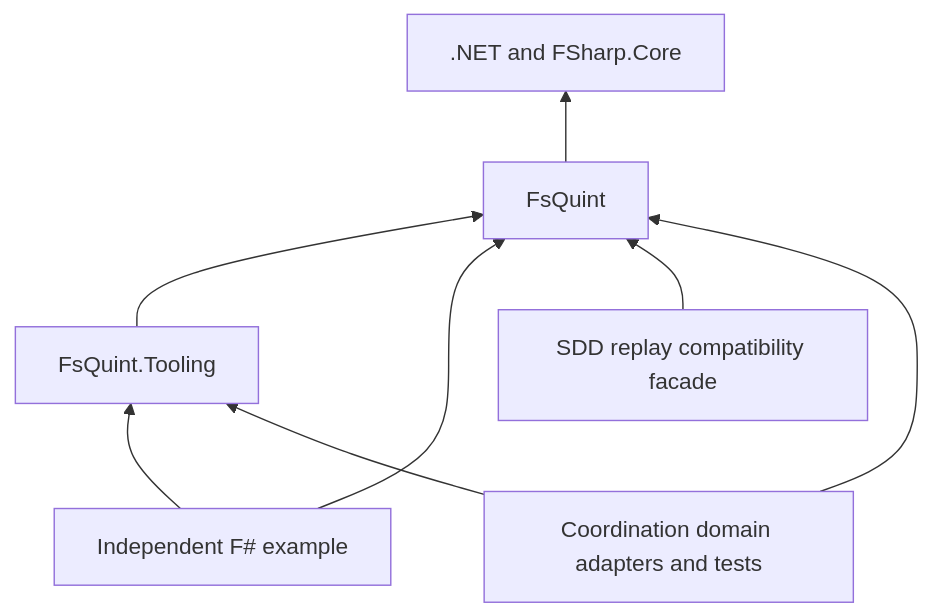
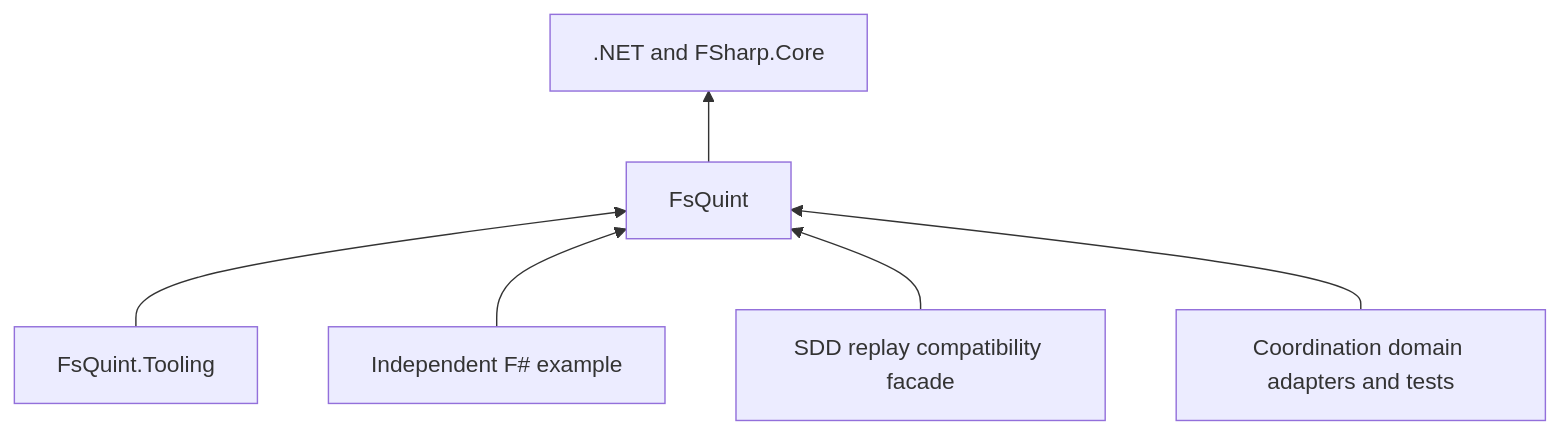
Before and after one commit to FS-GG/FsQuint: the diagram in docs/roadmaps/fsquint.md, drawn with Mermaid. The commit also changed other lines of this file and 9 other files, not shown here.

````diff
--- a/docs/roadmaps/fsquint.md
+++ b/docs/roadmaps/fsquint.md
@@ -80,10 +80,8 @@
 ```mermaid
 flowchart BT
   Core[FsQuint] --> Runtime[.NET and FSharp.Core]
   Tooling[FsQuint.Tooling] --> Core
   Example[Independent F# example] --> Core
-  Example --> Tooling
   SDD[SDD replay compatibility facade] --> Core
   Coordination[Coordination domain adapters and tests] --> Core
-  Coordination --> Tooling
 ```
````
